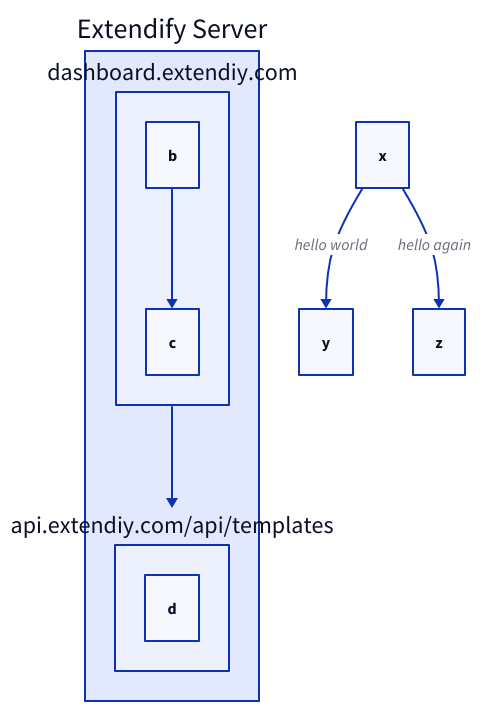
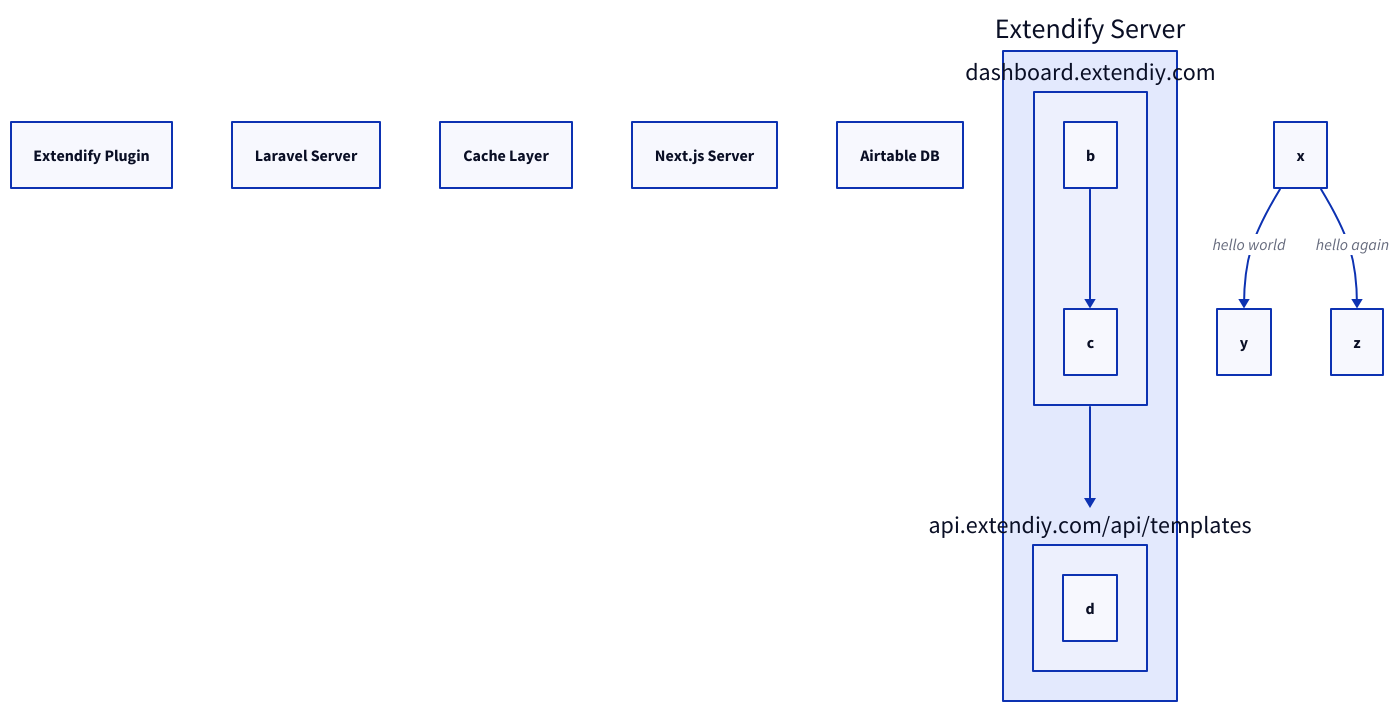
Before and after one commit to dgwyer/myapp: the diagram in d2/file.d2, drawn with D2.

Commit message:
try to render

```diff
--- a/d2/file.d2
+++ b/d2/file.d2
@@ -1,20 +1,20 @@
-#a: Extendify Plugin
-#b: Laravel Server
-#c: Cache Layer
-#d: Next.js Server
-#e: Airtable DB
+a: Extendify Plugin
+b: Laravel Server
+c: Cache Layer
+d: Next.js Server
+e: Airtable DB
 
 extendifyServer: Extendify Server {
   dashboardServer: dashboard.extendiy.com {
     b -> c
   }
 
   apiServer: api.extendiy.com/api/templates {
     d
   }
 
   dashboardServer -> apiServer
 }
 
 x -> y: hello world
 x -> z: hello again
```
